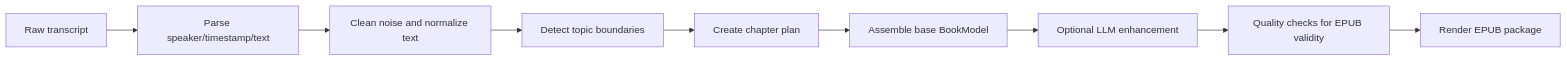
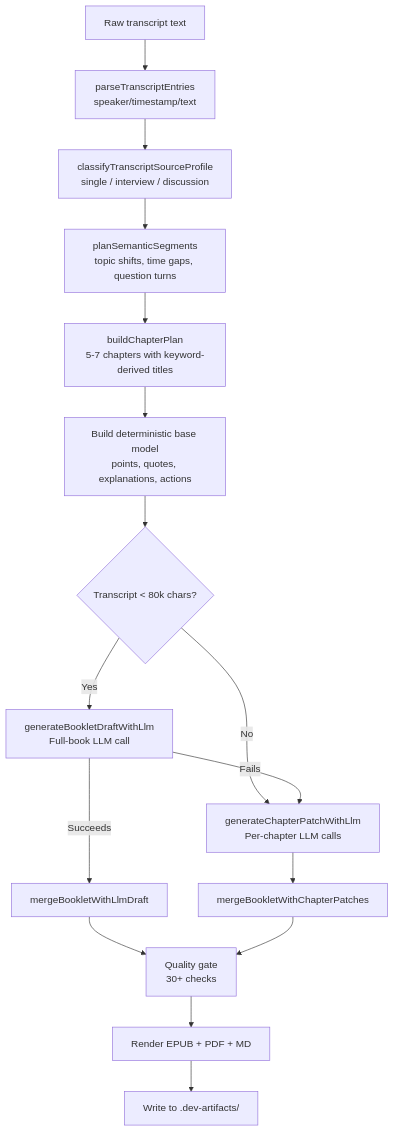
The seventh of 8 diagrams in README.md (CeciliaHahan/podcast_to_ebook), drawn with Mermaid before and after one commit. The commit also changed other lines of this file, not shown here.

First line of the commit message:
docs(readme): rewrite to reflect current serverless extension architecture

````diff
--- a/README.md
+++ b/README.md
@@ -146,11 +350,20 @@
 ```mermaid
-flowchart LR
-  A[Raw transcript] --> B[Parse speaker/timestamp/text]
-  B --> C[Clean noise and normalize text]
-  C --> D[Detect topic boundaries]
-  D --> E[Create chapter plan]
-  E --> F[Assemble base BookModel]
-  F --> G[Optional LLM enhancement]
-  G --> H[Quality checks for EPUB validity]
-  H --> I[Render EPUB package]
+flowchart TD
+  A[Raw transcript text] --> B[parseTranscriptEntries<br/>speaker/timestamp/text]
+  B --> C[classifyTranscriptSourceProfile<br/>single / interview / discussion]
+  C --> D[planSemanticSegments<br/>topic shifts, time gaps, question turns]
+  D --> E[buildChapterPlan<br/>5-7 chapters with keyword-derived titles]
+  E --> F[Build deterministic base model<br/>points, quotes, explanations, actions]
+
+  F --> G{Transcript < 80k chars?}
+  G -->|Yes| H[generateBookletDraftWithLlm<br/>Full-book LLM call]
+  G -->|No| I[generateChapterPatchWithLlm<br/>Per-chapter LLM calls]
+  H -->|Fails| I
+  H -->|Succeeds| J[mergeBookletWithLlmDraft]
+  I --> K[mergeBookletWithChapterPatches]
+
+  J --> L[Quality gate<br/>30+ checks]
+  K --> L
+  L --> M[Render EPUB + PDF + MD]
+  M --> N[Write to .dev-artifacts/]
 ```
````
